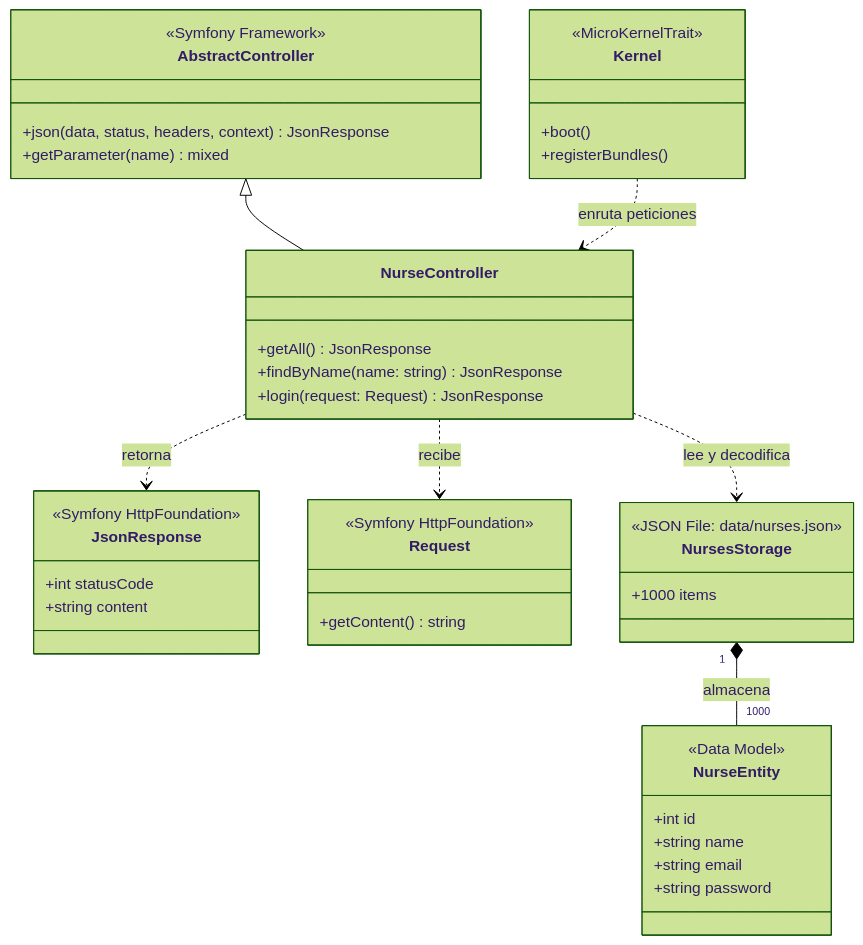
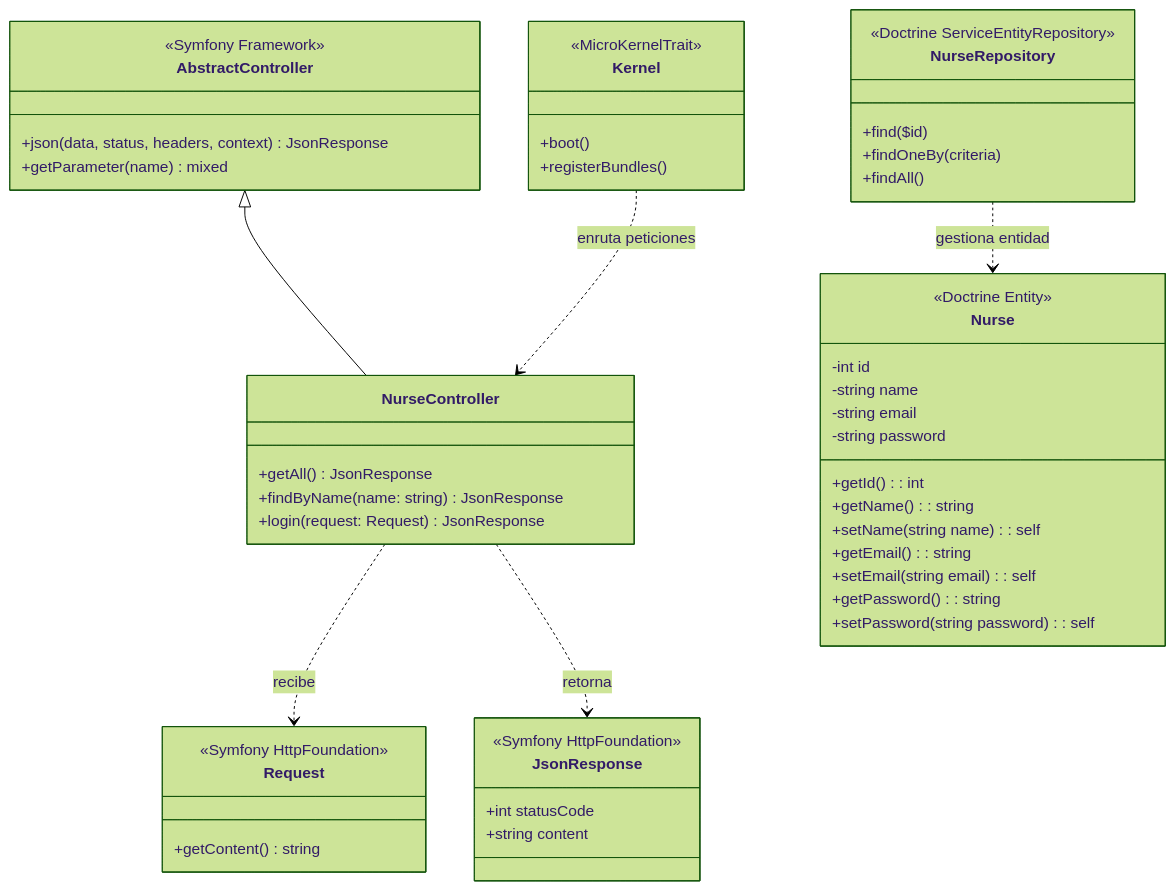
One commit to Ignaciobrenas/Ignacio-Nurse-Simulator changed the second of 6 diagrams in README.md. Above: the diagram before and after it, drawn with Mermaid (forest theme). The commit also changed other lines of this file, not shown here.

Commit message:
ibrenas/Docs: update README with repository purpose and database demonstration details

````diff
--- a/README.md
+++ b/README.md
@@ -78,52 +126,60 @@
 ```mermaid
 classDiagram
     direction TB
     class Kernel {
         <<MicroKernelTrait>>
         +boot()
         +registerBundles()
     }
 
     class AbstractController {
         <<Symfony Framework>>
         +json(data, status, headers, context) JsonResponse
         +getParameter(name) mixed
     }
 
     class NurseController {
         +getAll() JsonResponse
         +findByName(name: string) JsonResponse
         +login(request: Request) JsonResponse
     }
 
     class JsonResponse {
         <<Symfony HttpFoundation>>
         +int statusCode
         +string content
     }
 
     class Request {
         <<Symfony HttpFoundation>>
         +getContent() string
     }
 
-    class NurseEntity {
-        <<Data Model>>
-        +int id
-        +string name
-        +string email
-        +string password
+    class Nurse {
+        <<Doctrine Entity>>
+        -int id
+        -string name
+        -string email
+        -string password
+        +getId(): int
+        +getName(): string
+        +setName(string name): self
+        +getEmail(): string
+        +setEmail(string email): self
+        +getPassword(): string
+        +setPassword(string password): self
     }
 
-    class NursesStorage {
-        <<JSON File: data/nurses.json>>
-        +1000 items
+    class NurseRepository {
+        <<Doctrine ServiceEntityRepository>>
+        +find($id)
+        +findOneBy(criteria)
+        +findAll()
     }
 
     AbstractController <|-- NurseController
     NurseController ..> Request : recibe
     NurseController ..> JsonResponse : retorna
-    NurseController ..> NursesStorage : lee y decodifica
-    NursesStorage "1" *-- "1000" NurseEntity : almacena
+    NurseRepository ..> Nurse : gestiona entidad
     Kernel ..> NurseController : enruta peticiones
 ```
````
